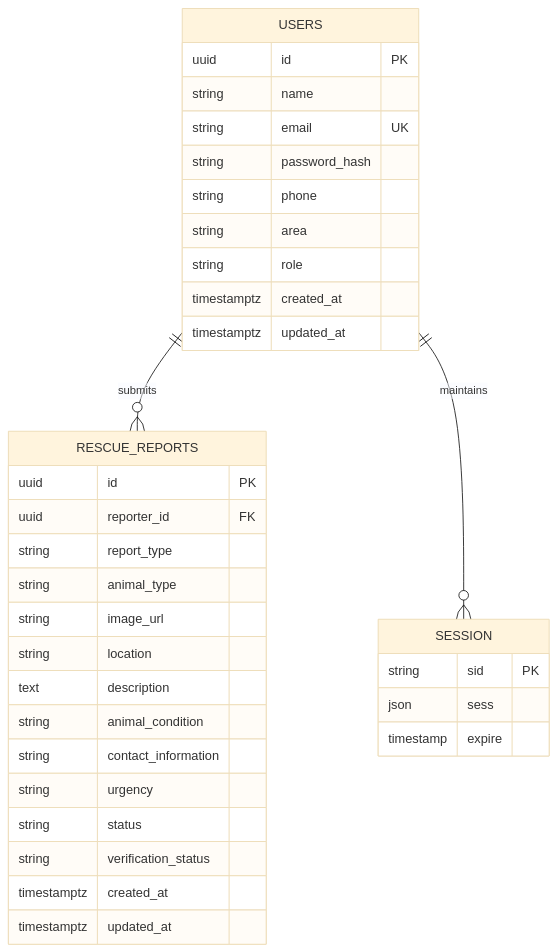
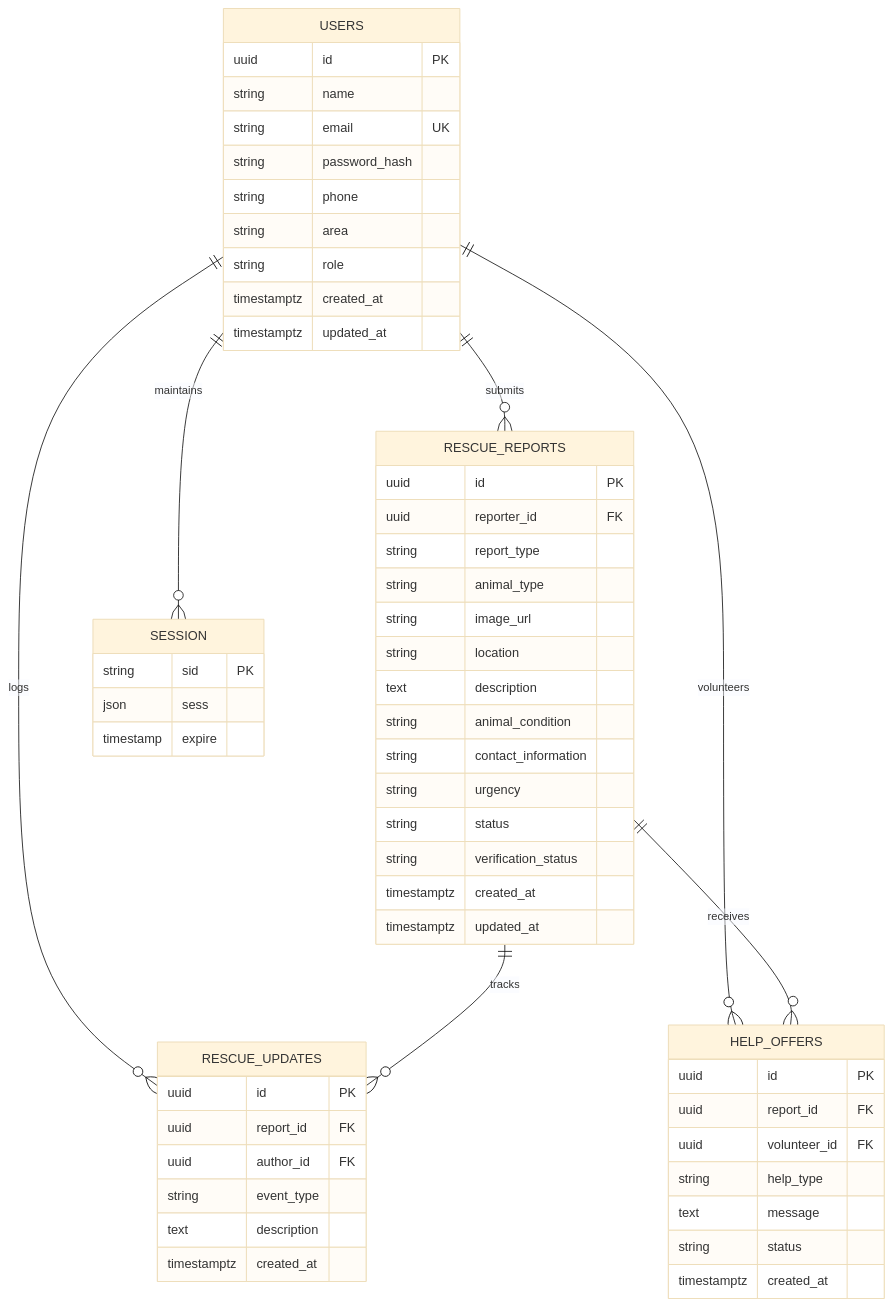
One commit to ashr77/Pawpal changed the second of 2 diagrams in README.md. Above: the diagram before and after it, drawn with Mermaid (base theme). The commit also changed other lines of this file and 2 other files, not shown here.

Commit message:
test(rescue): add automated Phase 2 test suite and update API documentation

````diff
--- a/README.md
+++ b/README.md
@@ -37,40 +37,64 @@
 ```mermaid
 erDiagram
     USERS ||--o{ RESCUE_REPORTS : "submits"
+    USERS ||--o{ RESCUE_UPDATES : "logs"
+    USERS ||--o{ HELP_OFFERS : "volunteers"
     USERS ||--o{ SESSION : "maintains"
+
+    RESCUE_REPORTS ||--o{ RESCUE_UPDATES : "tracks"
+    RESCUE_REPORTS ||--o{ HELP_OFFERS : "receives"
 
     USERS {
         uuid id PK
         string name
         string email UK
         string password_hash
         string phone
         string area
         string role
         timestamptz created_at
         timestamptz updated_at
     }
 
     RESCUE_REPORTS {
         uuid id PK
         uuid reporter_id FK
         string report_type
         string animal_type
         string image_url
         string location
         text description
         string animal_condition
         string contact_information
         string urgency
         string status
         string verification_status
         timestamptz created_at
         timestamptz updated_at
     }
 
+    RESCUE_UPDATES {
+        uuid id PK
+        uuid report_id FK
+        uuid author_id FK
+        string event_type
+        text description
+        timestamptz created_at
+    }
+
+    HELP_OFFERS {
+        uuid id PK
+        uuid report_id FK
+        uuid volunteer_id FK
+        string help_type
+        text message
+        string status
+        timestamptz created_at
+    }
+
     SESSION {
         string sid PK
         json sess
         timestamp expire
     }
 ```
````
